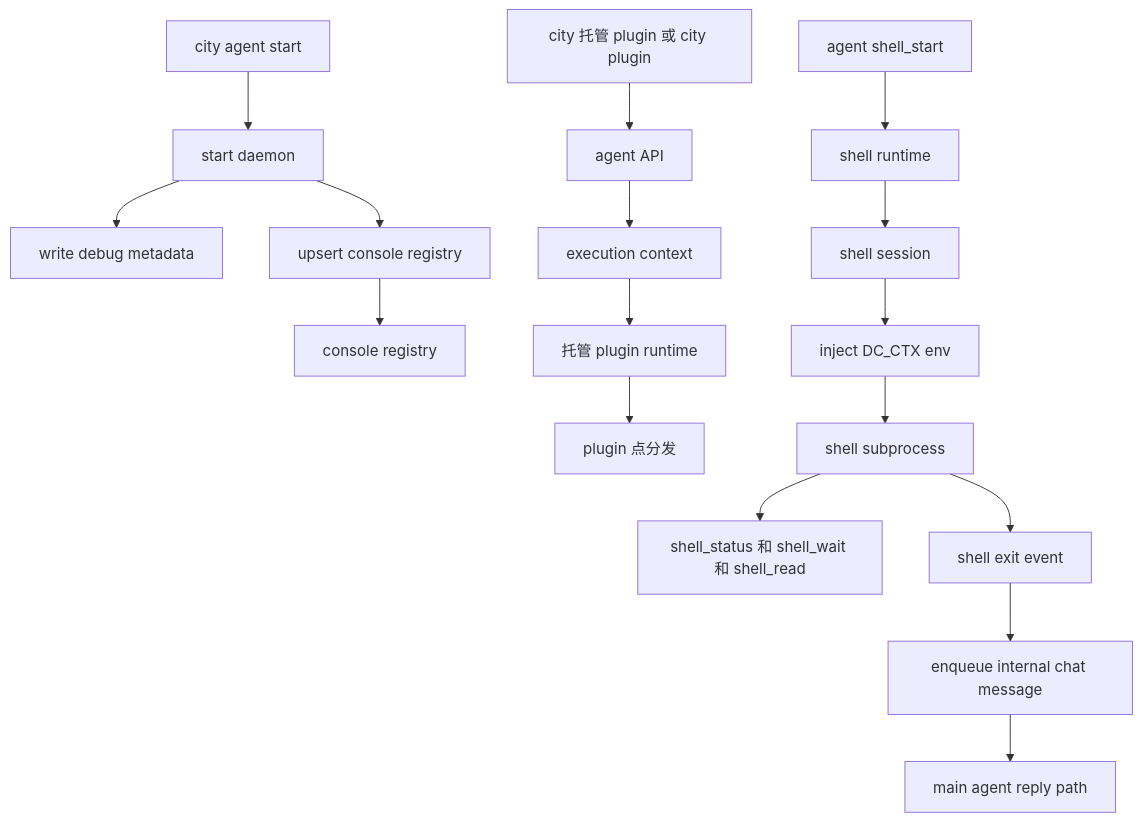
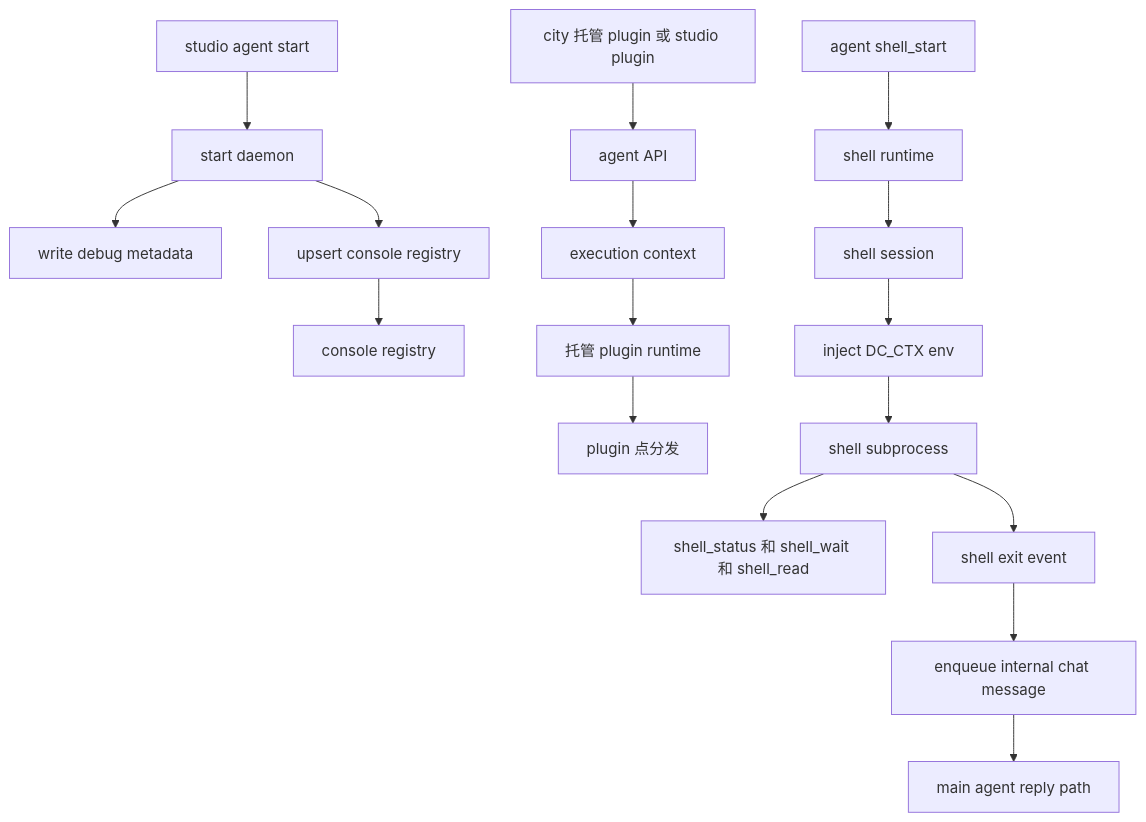
The diagram in homepage/content/docs/zh/concepts/console-registration-and-shell-flow.mdx (wangenius/downcity), drawn with Mermaid before and after one commit. The commit also changed 1024 other files, not shown here.

Commit message:
refactor: align city gate studio naming

````diff
--- a/homepage/content/docs/zh/concepts/console-registration-and-shell-flow.mdx
+++ b/homepage/content/docs/zh/concepts/console-registration-and-shell-flow.mdx
@@ -33,21 +33,21 @@
 ```mermaid
 flowchart TD
-  A["city agent start"] --> B["start daemon"]
+  A["studio agent start"] --> B["start daemon"]
   B --> C["write debug metadata"]
   B --> D["upsert console registry"]
   D --> E["console registry"]
 
-  F["city 托管 plugin 或 city plugin"] --> G["agent API"]
+  F["city 托管 plugin 或 studio plugin"] --> G["agent API"]
   G --> H["execution context"]
   H --> I["托管 plugin runtime"]
   I --> J["plugin 点分发"]
 
   L["agent shell_start"] --> M["shell runtime"]
   M --> N["shell session"]
   N --> O["inject DC_CTX env"]
   O --> P["shell subprocess"]
   P --> Q["shell_status 和 shell_wait 和 shell_read"]
   P --> R["shell exit event"]
   R --> S["enqueue internal chat message"]
   S --> T["main agent reply path"]
 ```
````
